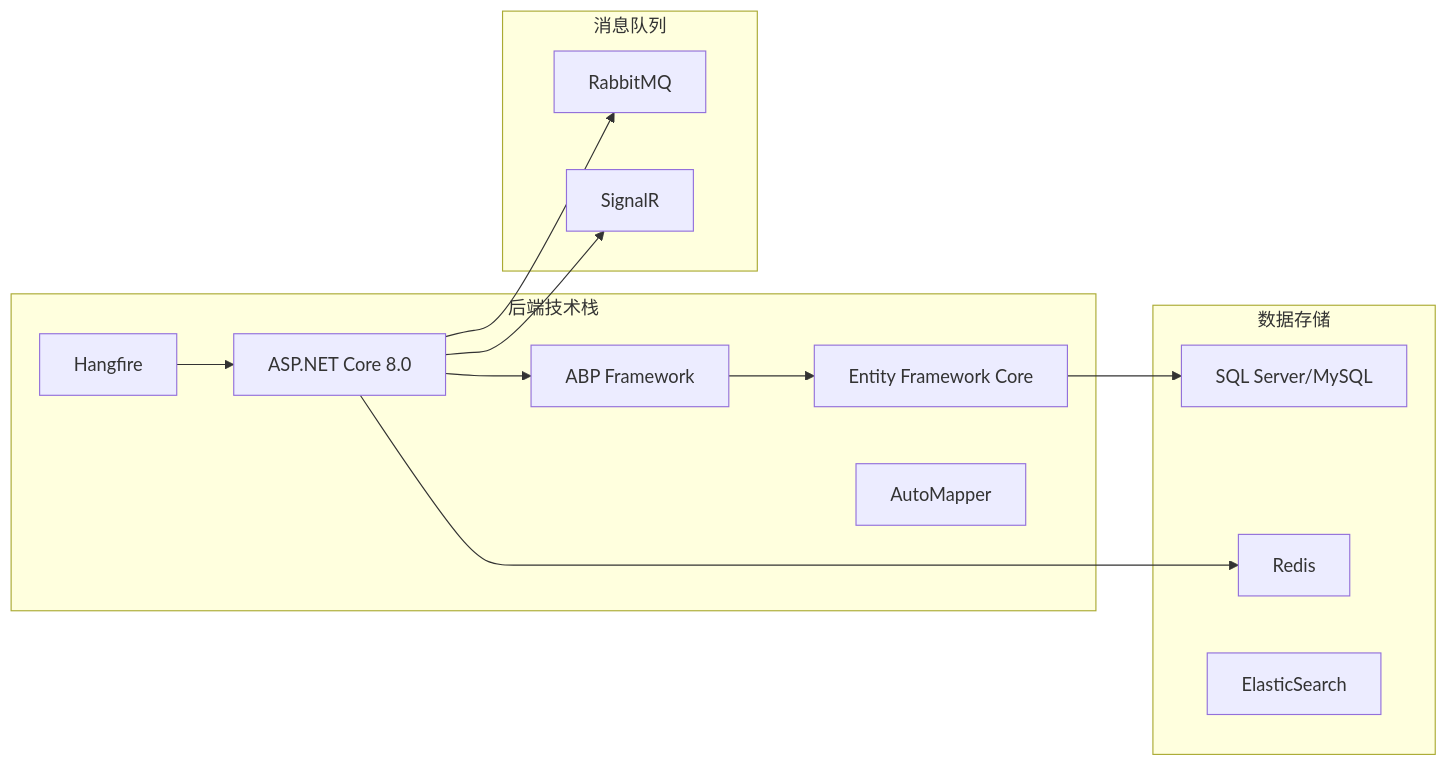
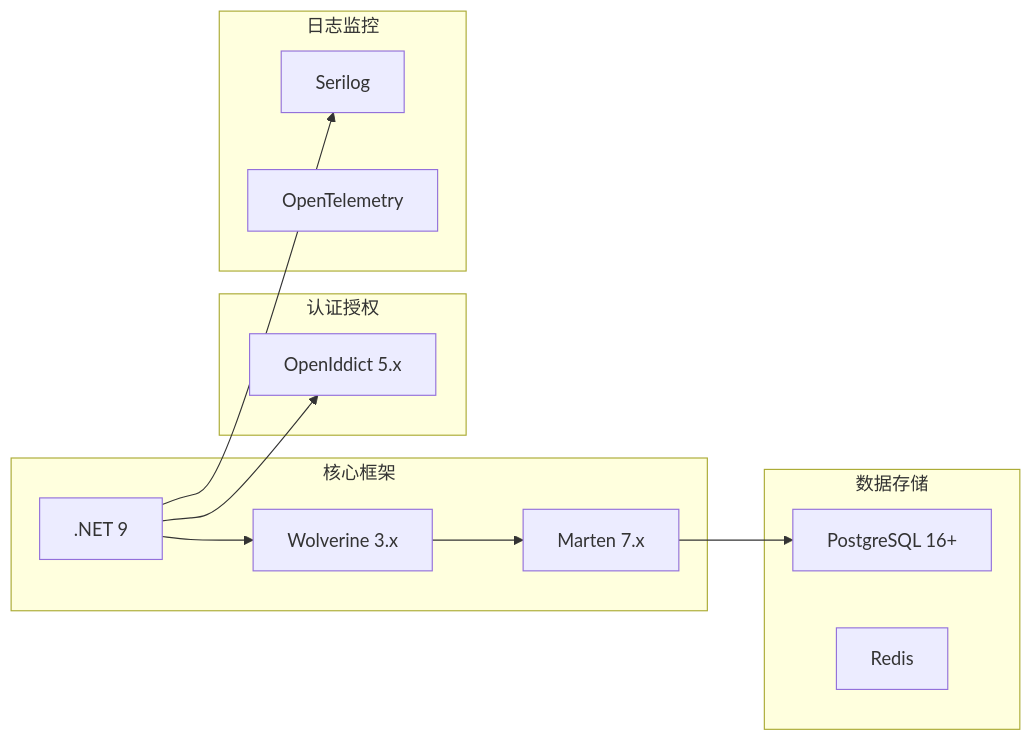
One commit to douhuaa/Zss.BilliardHall changed the fourth of 4 diagrams in doc/04_模块设计/README.md. Above: the diagram before and after it, drawn with Mermaid. The commit also changed other lines of this file and 1 other file, not shown here.

````diff
--- a/doc/04_模块设计/README.md
+++ b/doc/04_模块设计/README.md
@@ -222,29 +457,28 @@
 ```mermaid
 graph LR
-    subgraph "后端技术栈"
-        A[ASP.NET Core 8.0]
-        B[ABP Framework]
-        C[Entity Framework Core]
-        D[AutoMapper]
-        E[Hangfire]
+    subgraph "核心框架"
+        A[.NET 9]
+        B[Wolverine 3.x]
+        C[Marten 7.x]
     end
     
     subgraph "数据存储"
-        F[SQL Server/MySQL]
+        F[PostgreSQL 16+]
         G[Redis]
-        H[ElasticSearch]
     end
     
-    subgraph "消息队列"
-        I[RabbitMQ]
-        J[SignalR]
+    subgraph "认证授权"
+        H[OpenIddict 5.x]
+    end
+    
+    subgraph "日志监控"
+        I[Serilog]
+        J[OpenTelemetry]
     end
     
     A --> B
     B --> C
     C --> F
-    A --> G
-    E --> A
+    A --> H
     A --> I
-    A --> J
 ```
````
